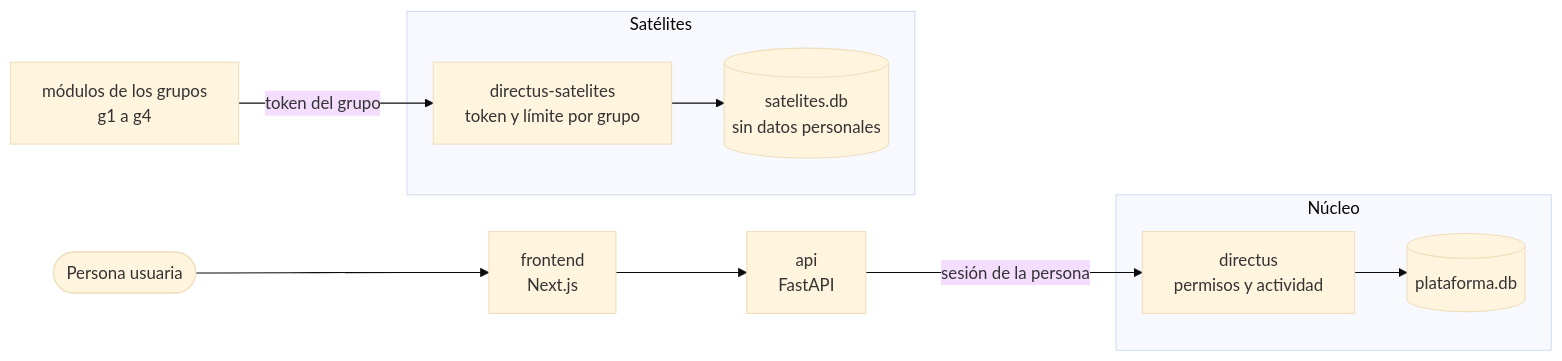
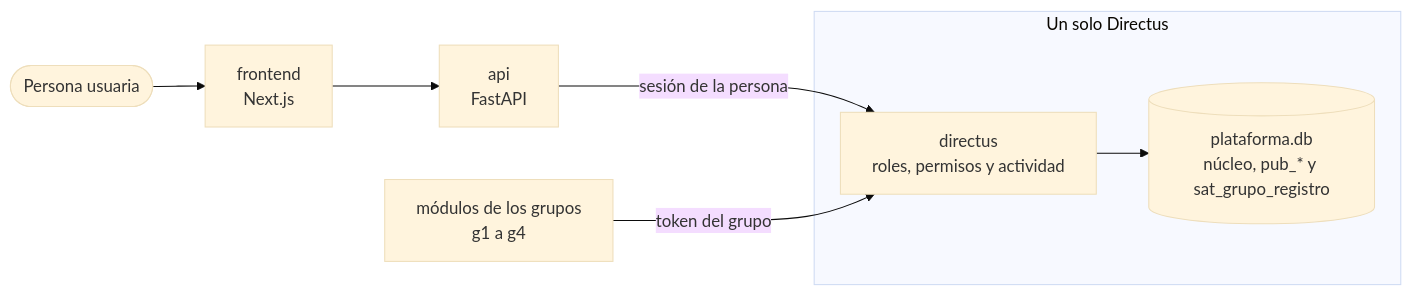
Before and after one commit to Capstone-2026-DISC/DISC-Scheduling: the diagram in README.md, drawn with Mermaid (base theme). The commit also changed other lines of this file and 4 other files, not shown here.

````diff
--- a/README.md
+++ b/README.md
@@ -19,15 +19,10 @@
 ```mermaid
 flowchart LR
     persona(["Persona usuaria"]) --> frontend["frontend<br/>Next.js"] --> api["api<br/>FastAPI"]
+    api -->|"sesión de la persona"| directus
+    modulos["módulos de los grupos<br/>g1 a g4"] -->|"token del grupo"| directus
 
-    subgraph nucleo["Núcleo"]
-        directus["directus<br/>permisos y actividad"] --> db1[("plataforma.db")]
+    subgraph dx["Un solo Directus"]
+        directus["directus<br/>roles, permisos y actividad"] --> db[("plataforma.db<br/>núcleo, pub_* y sat_grupo_registro")]
     end
-
-    subgraph sat["Satélites"]
-        dsat["directus-satelites<br/>token y límite por grupo"] --> db2[("satelites.db<br/>sin datos personales")]
-    end
-
-    api -->|"sesión de la persona"| directus
-    modulos["módulos de los grupos<br/>g1 a g4"] -->|"token del grupo"| dsat
 ```
````
